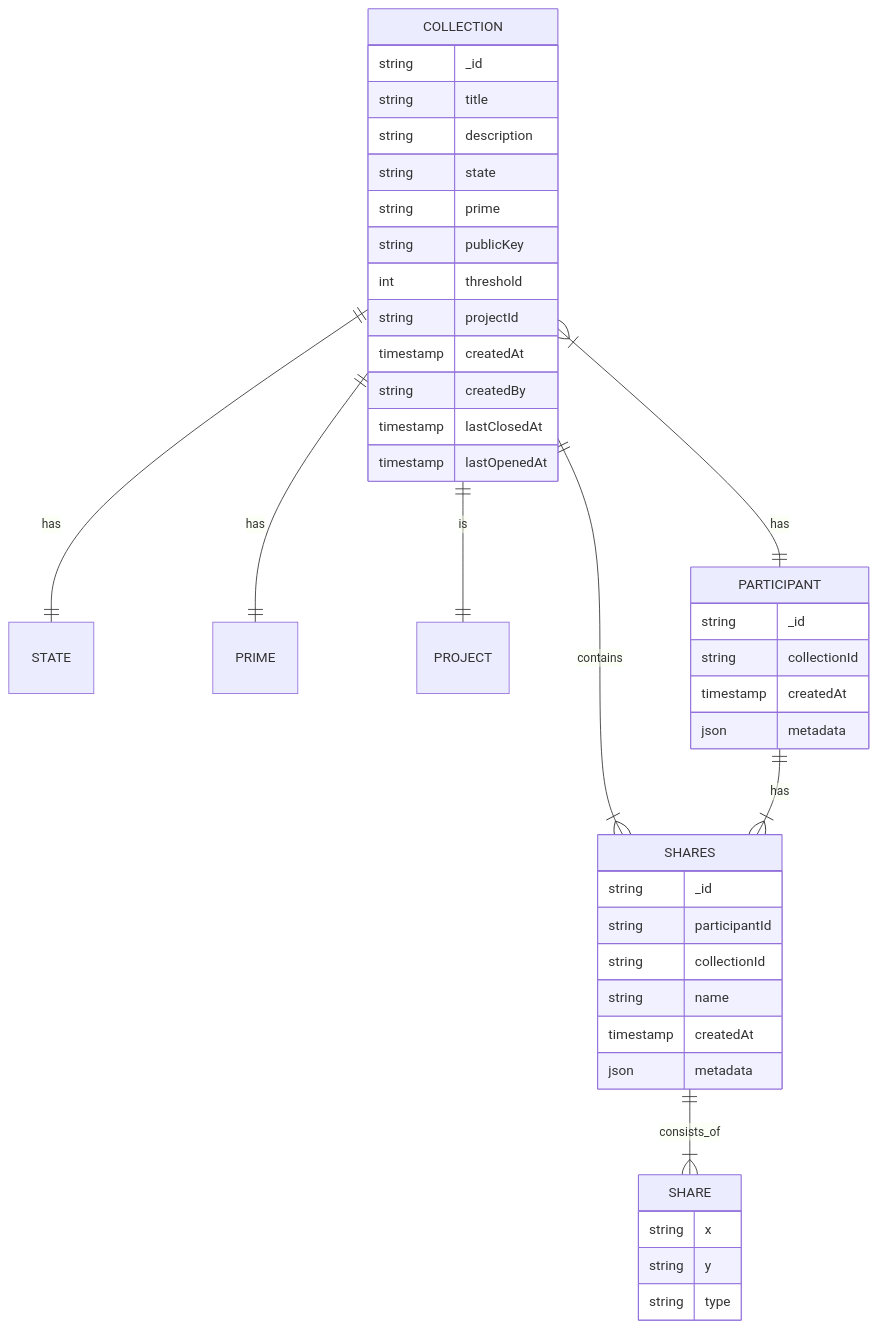
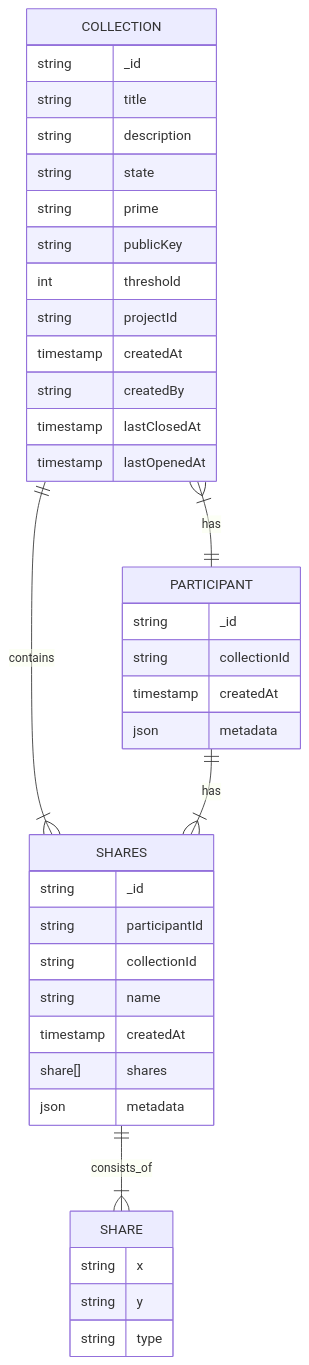
Before and after one commit to multiparty/MassTech: the diagram in README.md, drawn with Mermaid. The commit also changed other lines of this file, not shown here.

````diff
--- a/README.md
+++ b/README.md
@@ -3,46 +3,44 @@
 ```mermaid
 erDiagram
-    COLLECTION ||--|| STATE : has
-    COLLECTION ||--|| PRIME : has
-    COLLECTION ||--|| PROJECT : is
     COLLECTION }|--|| PARTICIPANT : has
     COLLECTION ||--|{ SHARES : contains
     COLLECTION {
         string _id
         string title
         string description
         string state
         string prime
         string publicKey
         int threshold
         string projectId
         timestamp createdAt
         string createdBy
         timestamp lastClosedAt
         timestamp lastOpenedAt
     }
     
     PARTICIPANT ||--|{ SHARES : has
     PARTICIPANT {
         string _id
         string collectionId
         timestamp createdAt
         json metadata
     }
     
     SHARES ||--|{ SHARE : consists_of
     SHARES {
         string _id
         string participantId
         string collectionId
         string name
         timestamp createdAt
+        share[] shares
         json metadata
     }
     
     SHARE {
         string x
         string y
         string type
     }
 ```
````
